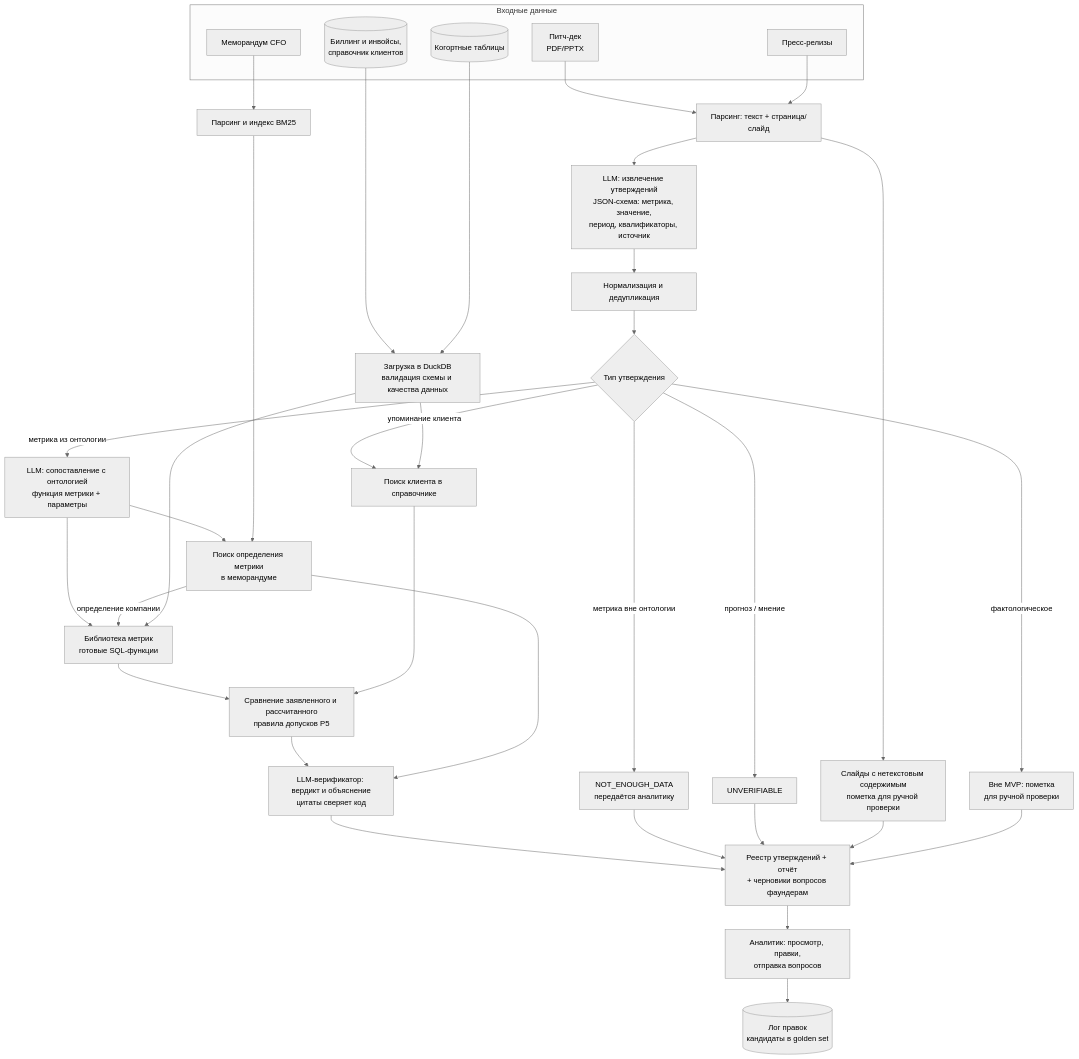
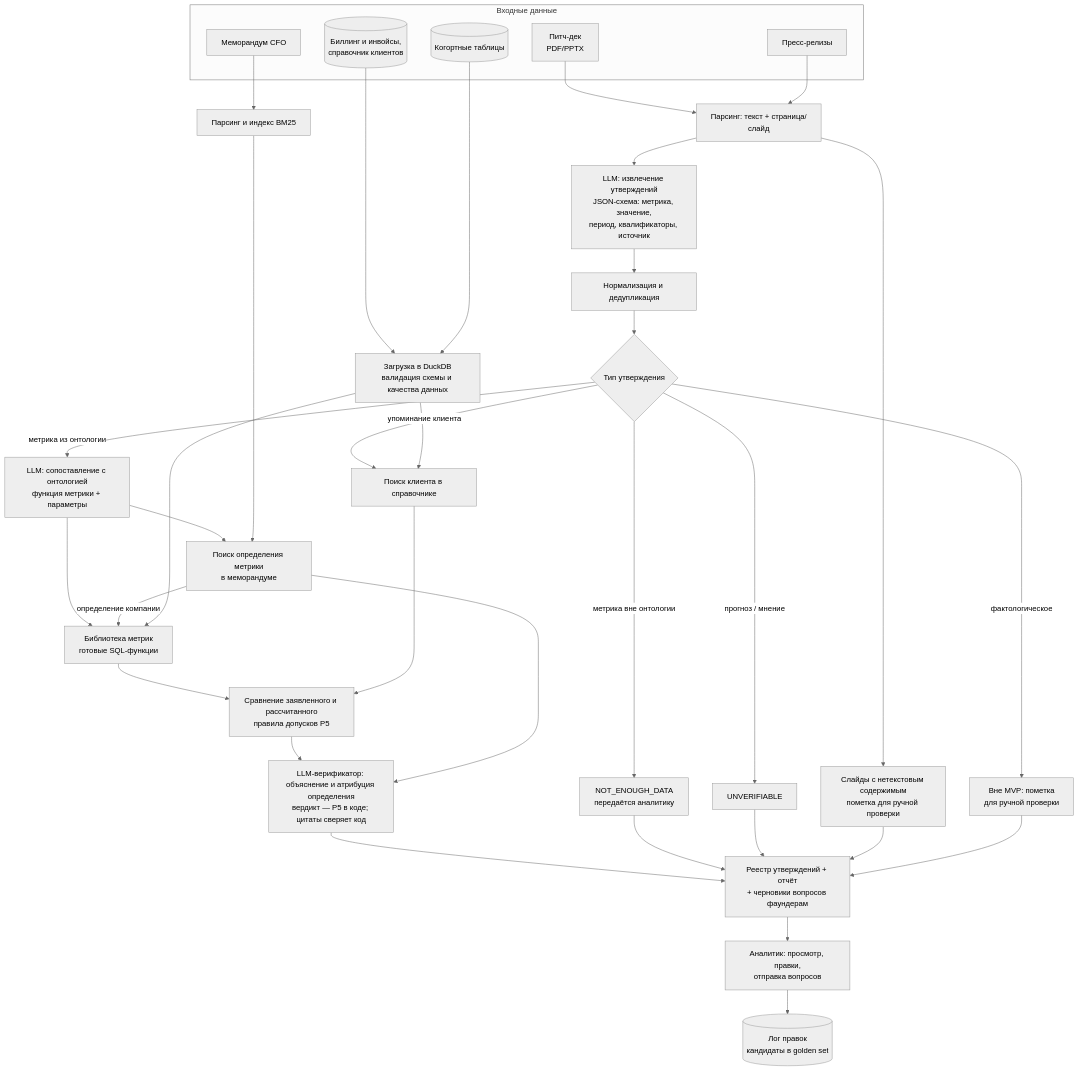
One commit to gumaonelove/itmo-mlsd changed the second of 5 diagrams in docs/ml_system_design_doc.md. Above: the diagram before and after it, drawn with Mermaid (neutral theme). The commit also changed other lines of this file and 66 other files, not shown here.

````diff
--- a/docs/ml_system_design_doc.md
+++ b/docs/ml_system_design_doc.md
@@ -383,47 +389,47 @@
 ```mermaid
 flowchart TD
     subgraph IN["Входные данные"]
         D1["Питч-дек<br/>PDF/PPTX"]
         D2["Пресс-релизы"]
         D3[("Биллинг и инвойсы,<br/>справочник клиентов")]
         D4[("Когортные таблицы")]
         D5["Меморандум CFO"]
     end
 
     D1 --> P1["Парсинг: текст + страница/слайд"]
     D2 --> P1
     P1 --> IMG["Слайды с нетекстовым содержимым<br/>пометка для ручной проверки"]
     D5 --> P2["Парсинг и индекс BM25"]
     D3 --> P3["Загрузка в DuckDB<br/>валидация схемы и качества данных"]
     D4 --> P3
 
     P1 --> E1["LLM: извлечение утверждений<br/>JSON-схема: метрика, значение,<br/>период, квалификаторы, источник"]
     E1 --> E2["Нормализация и дедупликация"]
     E2 --> R{"Тип утверждения"}
 
     R -- "метрика из онтологии" --> PL["LLM: сопоставление с онтологией<br/>функция метрики + параметры"]
     R -- "упоминание клиента" --> CL["Поиск клиента в справочнике"]
     R -- "метрика вне онтологии" --> NED["NOT_ENOUGH_DATA<br/>передаётся аналитику"]
     R -- "прогноз / мнение" --> UV["UNVERIFIABLE"]
     R -- "фактологическое" --> FACT["Вне MVP: пометка<br/>для ручной проверки"]
 
     PL --> DEF["Поиск определения метрики<br/>в меморандуме"]
     P2 --> DEF
     PL --> M["Библиотека метрик<br/>готовые SQL-функции"]
     DEF -- "определение компании" --> M
     P3 --> M
     P3 --> CL
 
     M --> V["Сравнение заявленного и рассчитанного<br/>правила допусков P5"]
     CL --> V
-    V --> J["LLM-верификатор: вердикт и объяснение<br/>цитаты сверяет код"]
+    V --> J["LLM-верификатор: объяснение и атрибуция определения<br/>вердикт — P5 в коде; цитаты сверяет код"]
     DEF --> J
 
     J --> OUT["Реестр утверждений + отчёт<br/>+ черновики вопросов фаундерам"]
     NED --> OUT
     UV --> OUT
     IMG --> OUT
     FACT --> OUT
     OUT --> HA["Аналитик: просмотр, правки,<br/>отправка вопросов"]
     HA --> LOG[("Лог правок<br/>кандидаты в golden set")]
 ```
````
